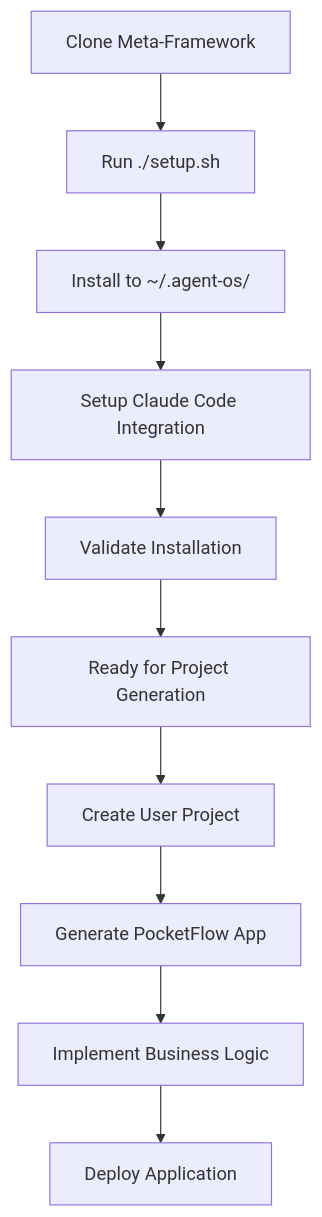
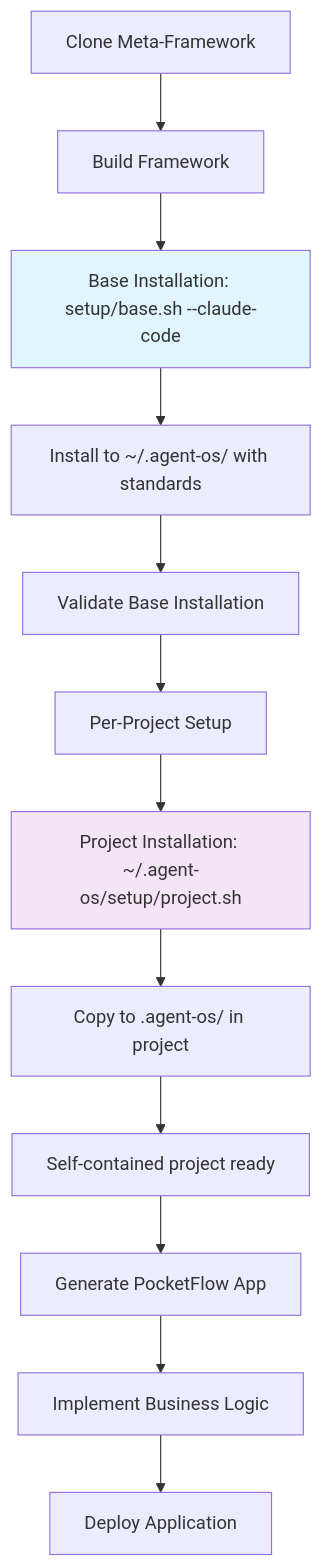
One commit to pickleton89/agent-os-pocketflow changed the fifth of 6 diagrams in docs/architecture/system-overview.md. Above: the diagram before and after it, drawn with Mermaid. The commit also changed other lines of this file and 5 other files, not shown here.

````diff
--- a/docs/architecture/system-overview.md
+++ b/docs/architecture/system-overview.md
@@ -183,13 +183,19 @@
 ```mermaid
 graph TD
-    A[Clone Meta-Framework] --> B[Run ./setup.sh]
-    B --> C[Install to ~/.agent-os/]
-    C --> D[Setup Claude Code Integration]
-    D --> E[Validate Installation]
-    E --> F[Ready for Project Generation]
+    A[Clone Meta-Framework] --> B[Build Framework]
+    B --> C[Base Installation: setup/base.sh --claude-code]
+    C --> D[Install to ~/.agent-os/ with standards]
+    D --> E[Validate Base Installation]
     
-    F --> G[Create User Project]
-    G --> H[Generate PocketFlow App]
-    H --> I[Implement Business Logic]
-    I --> J[Deploy Application]
+    E --> F[Per-Project Setup]
+    F --> G[Project Installation: ~/.agent-os/setup/project.sh]
+    G --> H[Copy to .agent-os/ in project]
+    H --> I[Self-contained project ready]
+    
+    I --> J[Generate PocketFlow App]
+    J --> K[Implement Business Logic]
+    K --> L[Deploy Application]
+    
+    style C fill:#e1f5fe
+    style G fill:#f3e5f5
 ```
````
